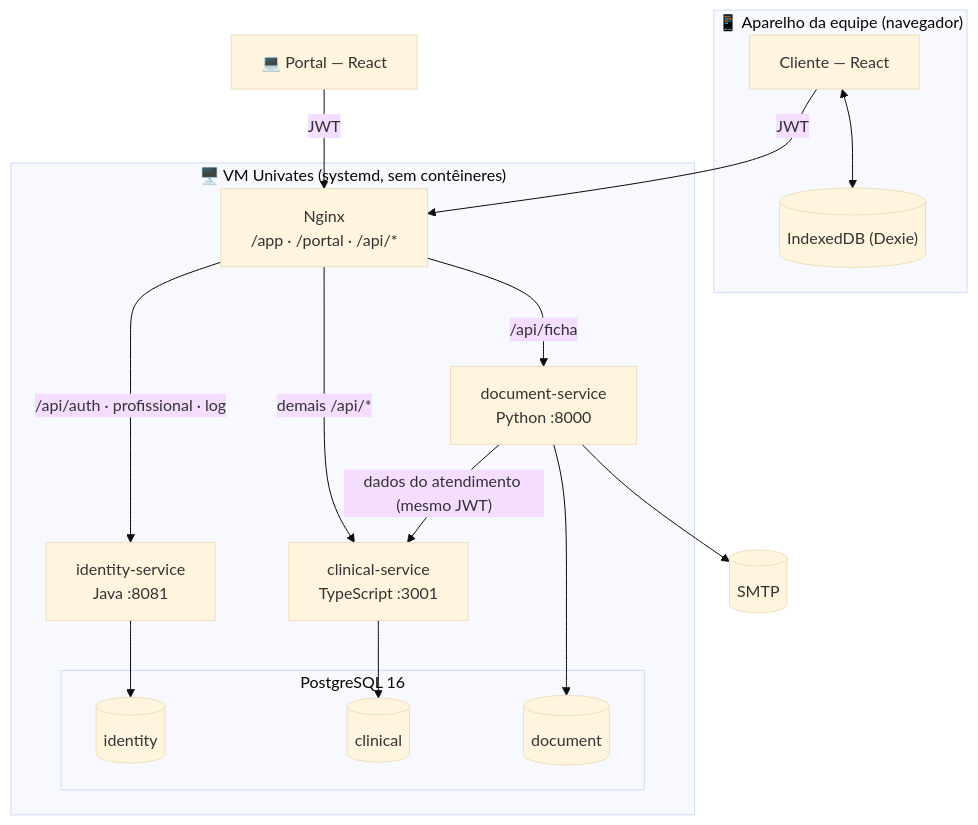
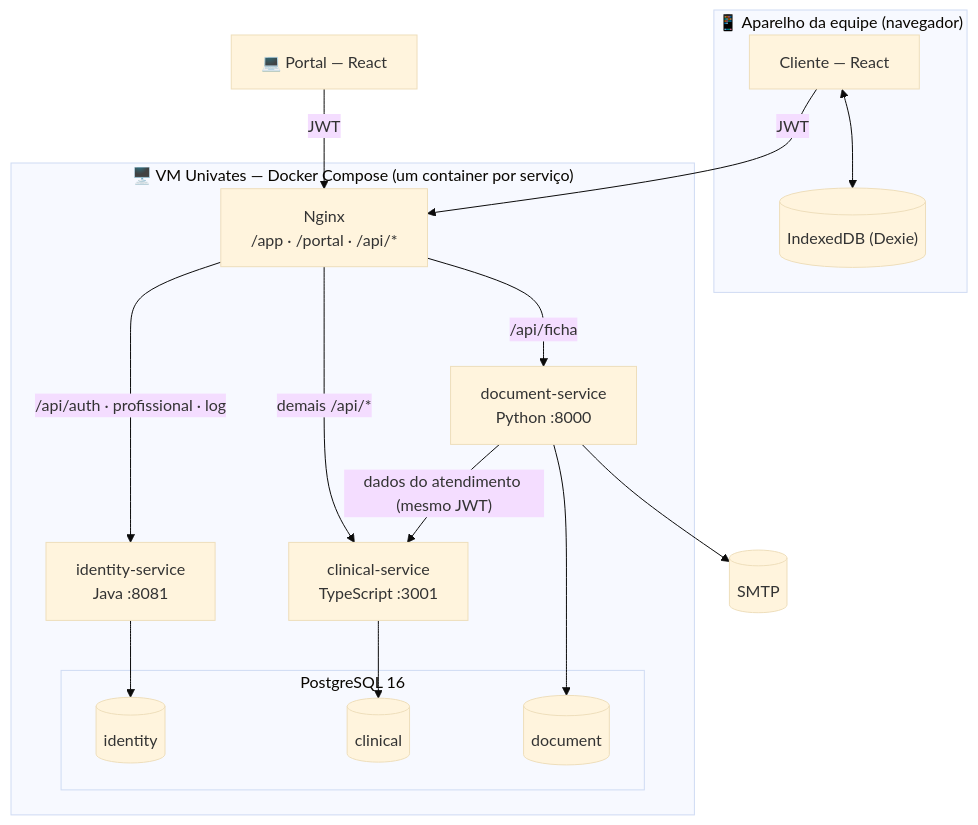
The second of 6 diagrams in docs/02-arquitetura.md (joaogehlen/MedicalField), drawn with Mermaid (base theme) before and after one commit. The commit also changed other lines of this file and 18 other files, not shown here.

First line of the commit message:
feat: implantação com Docker Compose (um container por serviço)

````diff
--- a/docs/02-arquitetura.md
+++ b/docs/02-arquitetura.md
@@ -35,31 +36,31 @@
 ```mermaid
 flowchart TB
     subgraph aparelho["📱 Aparelho da equipe (navegador)"]
         client["Cliente — React"]
         idb[("IndexedDB (Dexie)")]
         client <--> idb
     end
     portal["💻 Portal — React"]
-    subgraph vm["🖥️ VM Univates (systemd, sem contêineres)"]
+    subgraph vm["🖥️ VM Univates — Docker Compose (um container por serviço)"]
         nginx["Nginx<br/>/app · /portal · /api/*"]
         idsvc["identity-service<br/>Java :8081"]
         clsvc["clinical-service<br/>TypeScript :3001"]
         docsvc["document-service<br/>Python :8000"]
         subgraph pg["PostgreSQL 16"]
             sid[("identity")]
             scl[("clinical")]
             sdoc[("document")]
         end
     end
     smtp[("SMTP")]
     client -- "JWT" --> nginx
     portal -- "JWT" --> nginx
     nginx -- "/api/auth · profissional · log" --> idsvc
     nginx -- "/api/ficha" --> docsvc
     nginx -- "demais /api/*" --> clsvc
     idsvc --> sid
     clsvc --> scl
     docsvc --> sdoc
     docsvc -- "dados do atendimento (mesmo JWT)" --> clsvc
     docsvc --> smtp
 ```
````
